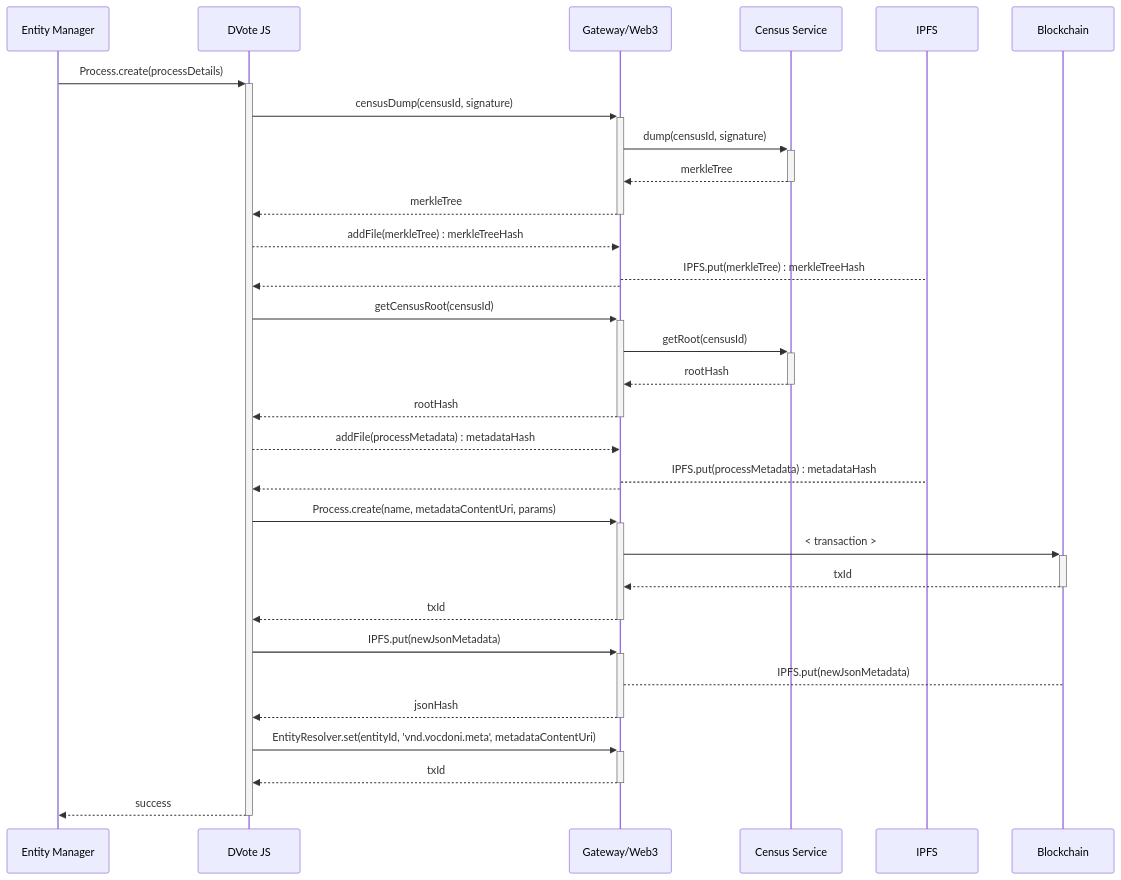
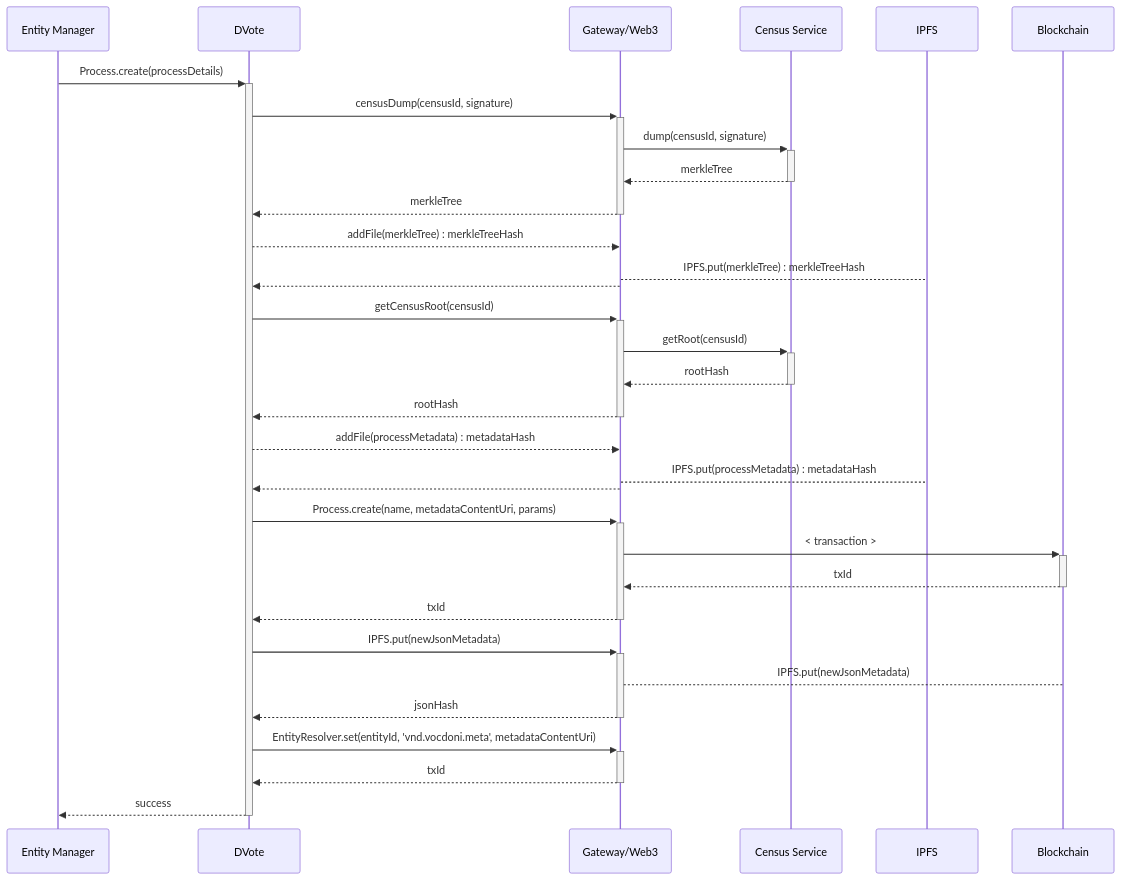
Before and after one commit to vocdoni/docs: the fourth of 10 diagrams in docs/architecture/sequence-diagrams.md, drawn with Mermaid. The commit also changed other lines of this file, not shown here.

Commit message:
Sequence diagrams

````diff
--- a/docs/architecture/sequence-diagrams.md
+++ b/docs/architecture/sequence-diagrams.md
@@ -147,43 +142,43 @@
 ```mermaid
 sequenceDiagram
     participant PM as Entity Manager
-    participant DV as DVote JS
+    participant DV as DVote
     participant GW as Gateway/Web3
     participant CS as Census Service
     participant IPFS as IPFS
     participant BC as Blockchain
 
     PM->>+DV: Process.create(processDetails)
 
         DV->>+GW: censusDump(censusId, signature)
             GW->>+CS: dump(censusId, signature)
             CS-->>-GW: merkleTree
         GW-->>-DV: merkleTree
 
         DV-->>GW: addFile(merkleTree) : merkleTreeHash
             GW-->IPFS: IPFS.put(merkleTree) : merkleTreeHash
         GW-->>DV: 
 
         DV->>+GW: getCensusRoot(censusId)
         GW->>+CS: getRoot(censusId)
         CS-->>-GW: rootHash
         GW-->>-DV: rootHash
 
         DV-->>GW: addFile(processMetadata) : metadataHash
             GW-->IPFS: IPFS.put(processMetadata) : metadataHash
         GW-->>DV: 
 
         DV->>+GW: Process.create(name, metadataContentUri, params)
             GW->>+BC: #60; transaction #62;
             BC-->>-GW: txId
         GW-->>-DV: txId
 
         DV->>+GW: IPFS.put(newJsonMetadata)
             GW-->BC: IPFS.put(newJsonMetadata)
         GW-->>-DV: jsonHash
 
         DV->>+GW: EntityResolver.set(entityId, 'vnd.vocdoni.meta', metadataContentUri)
         GW-->>-DV: txId
 
     DV-->>-PM: success
 ```
````
